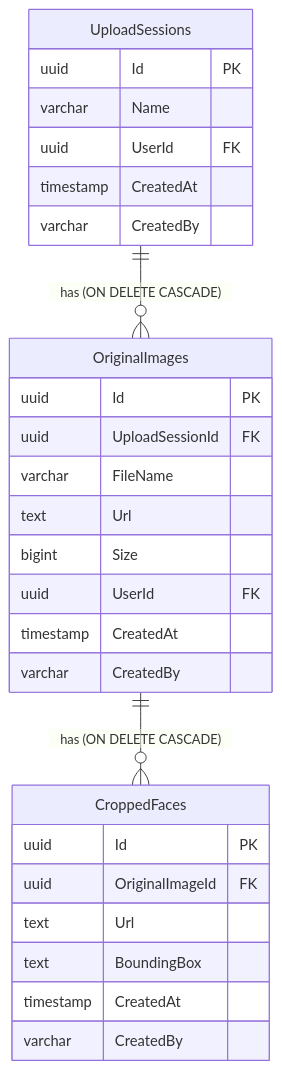
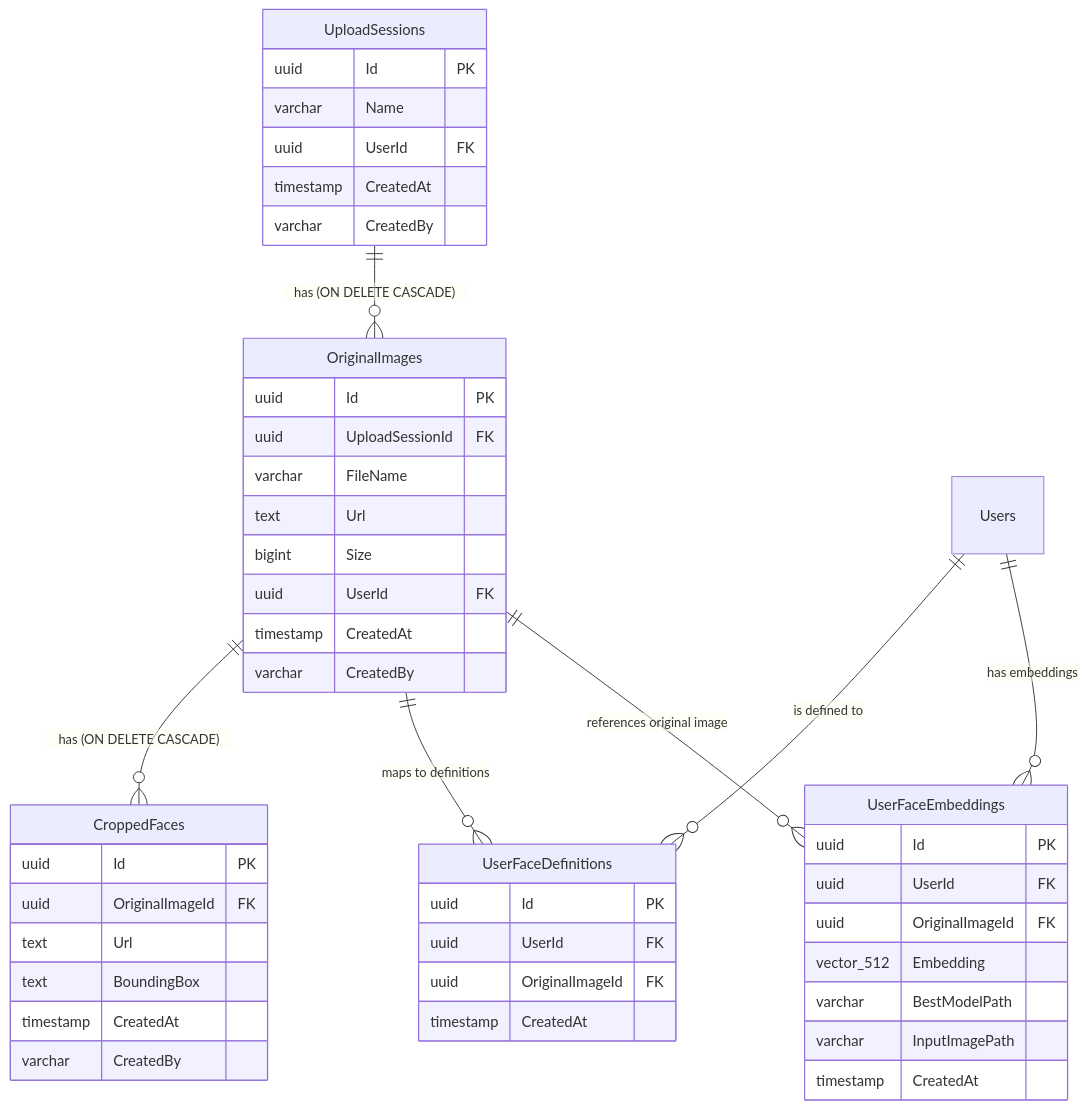
The second of 3 diagrams in TreeOfThought/docs/nhan-dien-khuon-mat/howtodo.md (badpaybad/a.i-assistant-chatbot-telegram-serverles), drawn with Mermaid before and after one commit. The commit also changed other lines of this file and 89 other files, not shown here.

````diff
--- a/TreeOfThought/docs/nhan-dien-khuon-mat/howtodo.md
+++ b/TreeOfThought/docs/nhan-dien-khuon-mat/howtodo.md
@@ -108,33 +108,54 @@
 ```mermaid
 erDiagram
     UploadSessions ||--o{ OriginalImages : "has (ON DELETE CASCADE)"
     OriginalImages ||--o{ CroppedFaces : "has (ON DELETE CASCADE)"
+    OriginalImages ||--o{ UserFaceDefinitions : "maps to definitions"
+    Users ||--o{ UserFaceDefinitions : "is defined to"
+    Users ||--o{ UserFaceEmbeddings : "has embeddings"
+    OriginalImages ||--o{ UserFaceEmbeddings : "references original image"
 
     UploadSessions {
         uuid Id PK
         varchar Name
         uuid UserId FK
         timestamp CreatedAt
         varchar CreatedBy
     }
 
     OriginalImages {
         uuid Id PK
         uuid UploadSessionId FK
         varchar FileName
         text Url
         bigint Size
         uuid UserId FK
         timestamp CreatedAt
         varchar CreatedBy
     }
 
     CroppedFaces {
         uuid Id PK
         uuid OriginalImageId FK
         text Url
         text BoundingBox
         timestamp CreatedAt
         varchar CreatedBy
     }
+
+    UserFaceDefinitions {
+        uuid Id PK
+        uuid UserId FK
+        uuid OriginalImageId FK
+        timestamp CreatedAt
+    }
+
+    UserFaceEmbeddings {
+        uuid Id PK
+        uuid UserId FK
+        uuid OriginalImageId FK
+        vector_512 Embedding
+        varchar BestModelPath
+        varchar InputImagePath
+        timestamp CreatedAt
+    }
 ```
````
